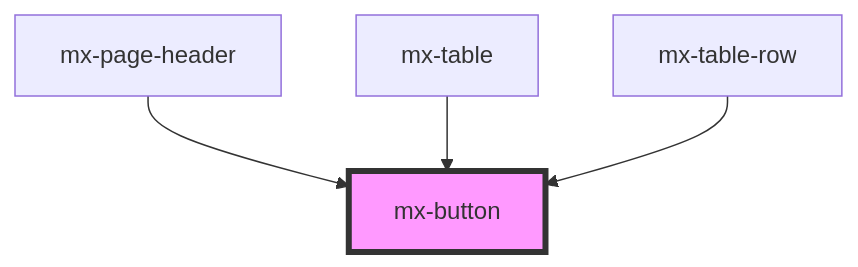
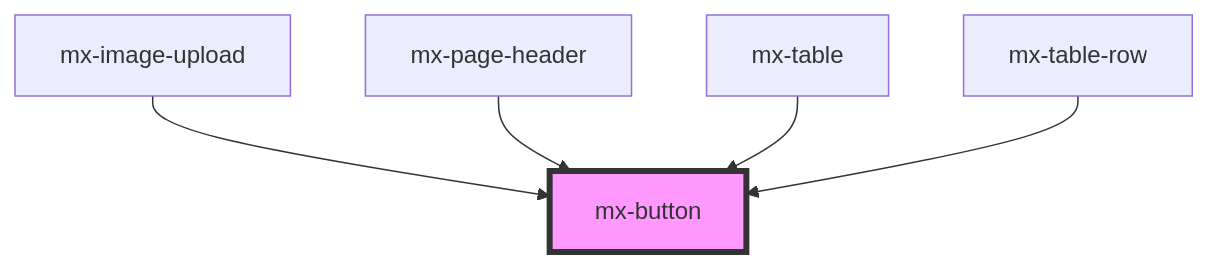
Before and after one commit to kevinleedrum/mds: the diagram in src/components/mx-button/readme.md, drawn with Mermaid. The commit also changed other lines of this file and 407 other files, not shown here.

````diff
--- a/src/components/mx-button/readme.md
+++ b/src/components/mx-button/readme.md
@@ -32,7 +33,8 @@
 ```mermaid
 graph TD;
+  mx-image-upload --> mx-button
   mx-page-header --> mx-button
   mx-table --> mx-button
   mx-table-row --> mx-button
   style mx-button fill:#f9f,stroke:#333,stroke-width:4px
 ```
````
